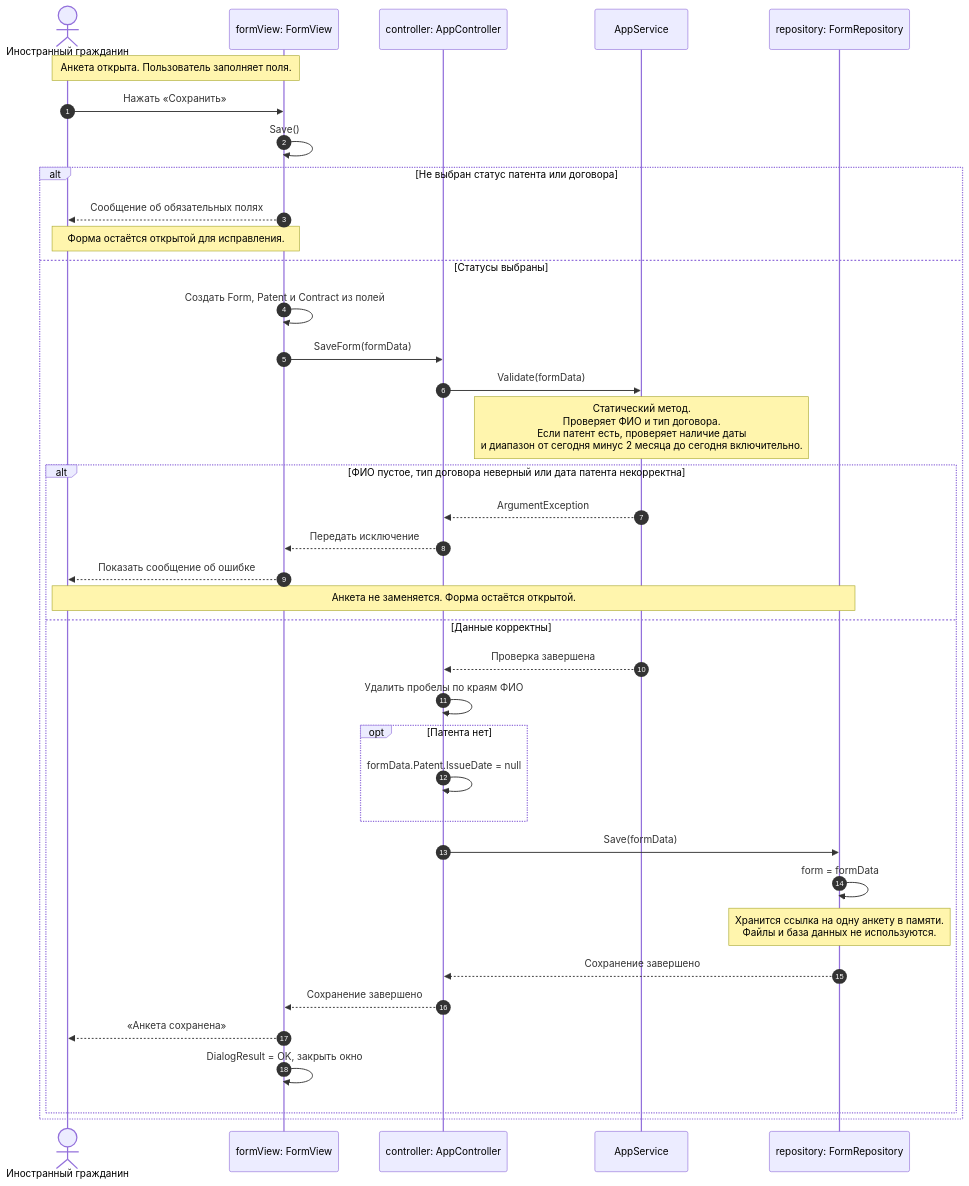
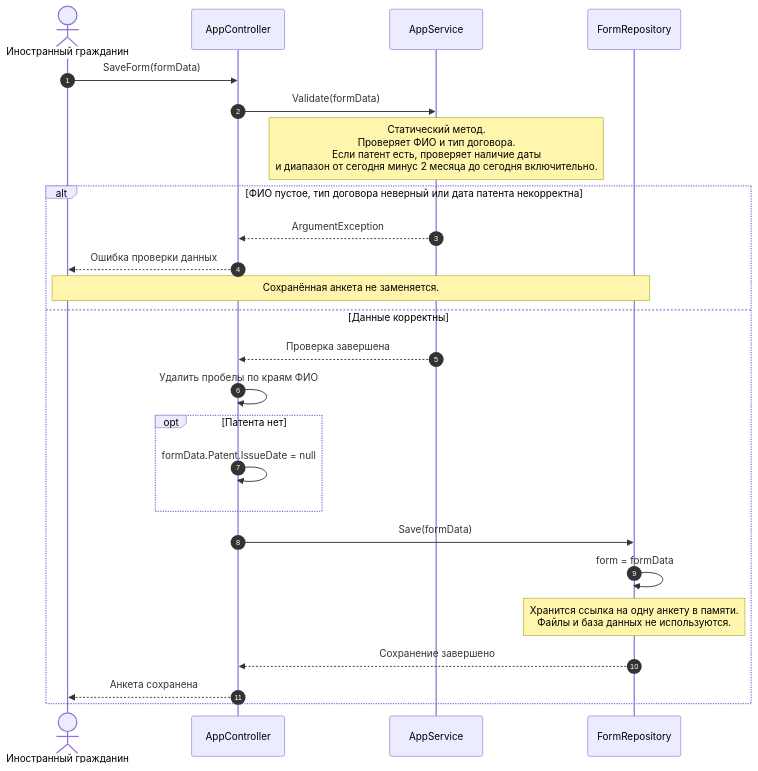
The first of 2 diagrams in _docs/lab4.md (Edmorton1/peace), drawn with Mermaid before and after one commit. The commit also changed other lines of this file and 1 other file, not shown here.

Commit message:
диаграммы улучшения

````diff
--- a/_docs/lab4.md
+++ b/_docs/lab4.md
@@ -12,43 +16,28 @@
 ```mermaid
 sequenceDiagram
     autonumber
     actor User as Иностранный гражданин
-    participant View as formView: FormView
-    participant Controller as controller: AppController
+    participant Controller as AppController
     participant Service as AppService
-    participant Repository as repository: FormRepository
+    participant Repository as FormRepository
+    User->>Controller: SaveForm(formData)
+    Controller->>Service: Validate(formData)
+    Note over Service: Статический метод.<br/>Проверяет ФИО и тип договора.<br/>Если патент есть, проверяет наличие даты<br/>и диапазон от сегодня минус 2 месяца до сегодня включительно.
 
-    Note over User,View: Анкета открыта. Пользователь заполняет поля.
-    User->>View: Нажать «Сохранить»
-    View->>View: Save()
-
-    alt Не выбран статус патента или договора
-        View-->>User: Сообщение об обязательных полях
-        Note over User,View: Форма остаётся открытой для исправления.
-    else Статусы выбраны
-        View->>View: Создать Form, Patent и Contract из полей
-        View->>Controller: SaveForm(formData)
-        Controller->>Service: Validate(formData)
-        Note over Service: Статический метод.<br/>Проверяет ФИО и тип договора.<br/>Если патент есть, проверяет наличие даты<br/>и диапазон от сегодня минус 2 месяца до сегодня включительно.
-
-        alt ФИО пустое, тип договора неверный или дата патента некорректна
-            Service-->>Controller: ArgumentException
-            Controller-->>View: Передать исключение
-            View-->>User: Показать сообщение об ошибке
-            Note over User,Repository: Анкета не заменяется. Форма остаётся открытой.
-        else Данные корректны
-            Service-->>Controller: Проверка завершена
-            Controller->>Controller: Удалить пробелы по краям ФИО
-            opt Патента нет
-                Controller->>Controller: formData.Patent.IssueDate = null
-            end
-            Controller->>Repository: Save(formData)
-            Repository->>Repository: form = formData
-            Note over Repository: Хранится ссылка на одну анкету в памяти.<br/>Файлы и база данных не используются.
-            Repository-->>Controller: Сохранение завершено
-            Controller-->>View: Сохранение завершено
-            View-->>User: «Анкета сохранена»
-            View->>View: DialogResult = OK, закрыть окно
+    alt ФИО пустое, тип договора неверный или дата патента некорректна
+        Service-->>Controller: ArgumentException
+        Controller-->>User: Ошибка проверки данных
+        Note over User,Repository: Сохранённая анкета не заменяется.
+    else Данные корректны
+        Service-->>Controller: Проверка завершена
+        Controller->>Controller: Удалить пробелы по краям ФИО
+        opt Патента нет
+            Controller->>Controller: formData.Patent.IssueDate = null
         end
+        Controller->>Repository: Save(formData)
+        Repository->>Repository: form = formData
+        Note over Repository: Хранится ссылка на одну анкету в памяти.<br/>Файлы и база данных не используются.
+        Repository-->>Controller: Сохранение завершено
+        Controller-->>User: Анкета сохранена
     end
 ```
````
